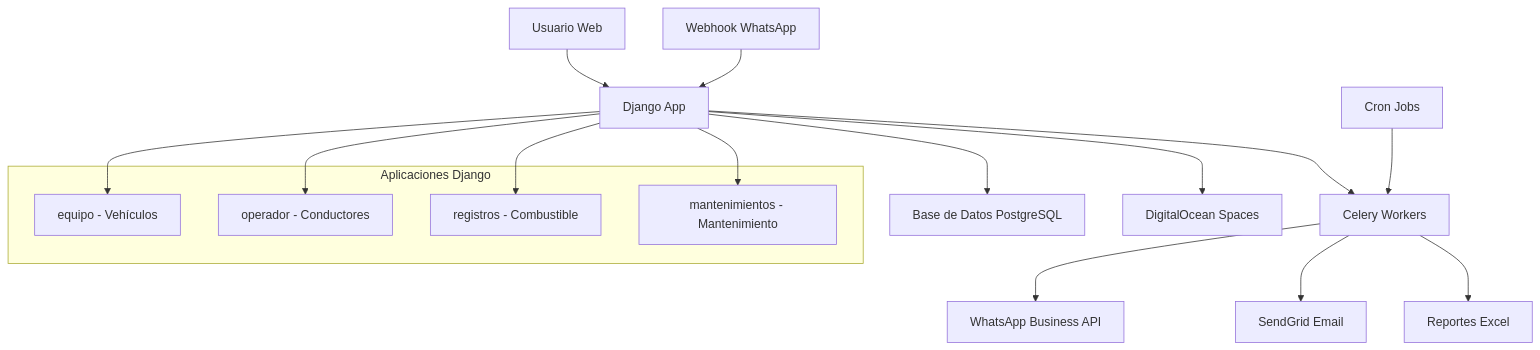
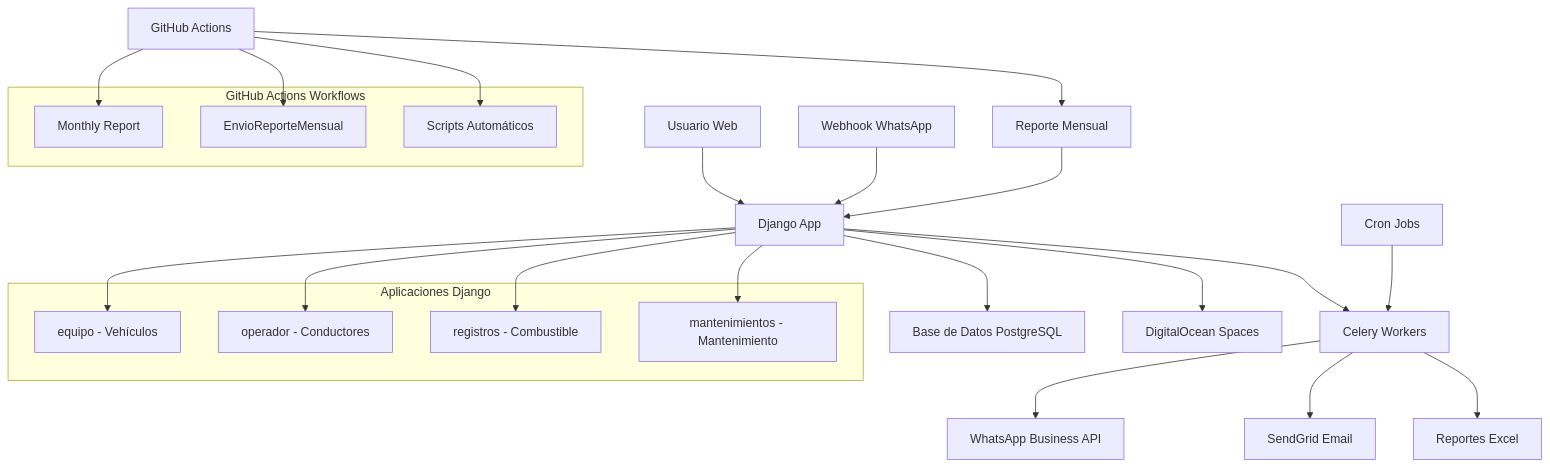
One commit to xoyoc/LogincoCobustible changed the diagram in README.md. Above: the diagram before and after it, drawn with Mermaid. The commit also changed other lines of this file and 1 other file, not shown here.

````diff
--- a/README.md
+++ b/README.md
@@ -57,26 +62,38 @@
 ```mermaid
 graph TB
     A[Usuario Web] --> B[Django App]
     B --> C[Base de Datos PostgreSQL]
     B --> D[DigitalOcean Spaces]
     B --> E[Celery Workers]
     
     E --> F[WhatsApp Business API]
     E --> G[SendGrid Email]
     E --> H[Reportes Excel]
     
     I[Webhook WhatsApp] --> B
     J[Cron Jobs] --> E
+    K[GitHub Actions] --> L[Reporte Mensual]
+    L --> B
+    
+    subgraph "GitHub Actions Workflows"
+        M[Monthly Report]
+        N[EnvioReporteMensual]
+        O[Scripts Automáticos]
+    end
+    
+    K --> M
+    K --> N
+    K --> O
     
     subgraph "Aplicaciones Django"
-        K[equipo - Vehículos]
-        L[operador - Conductores]
-        M[registros - Combustible]
-        N[mantenimientos - Mantenimiento]
+        P[equipo - Vehículos]
+        Q[operador - Conductores]
+        R[registros - Combustible]
+        S[mantenimientos - Mantenimiento]
     end
     
-    B --> K
-    B --> L
-    B --> M
-    B --> N
+    B --> P
+    B --> Q
+    B --> R
+    B --> S
 ```
````
